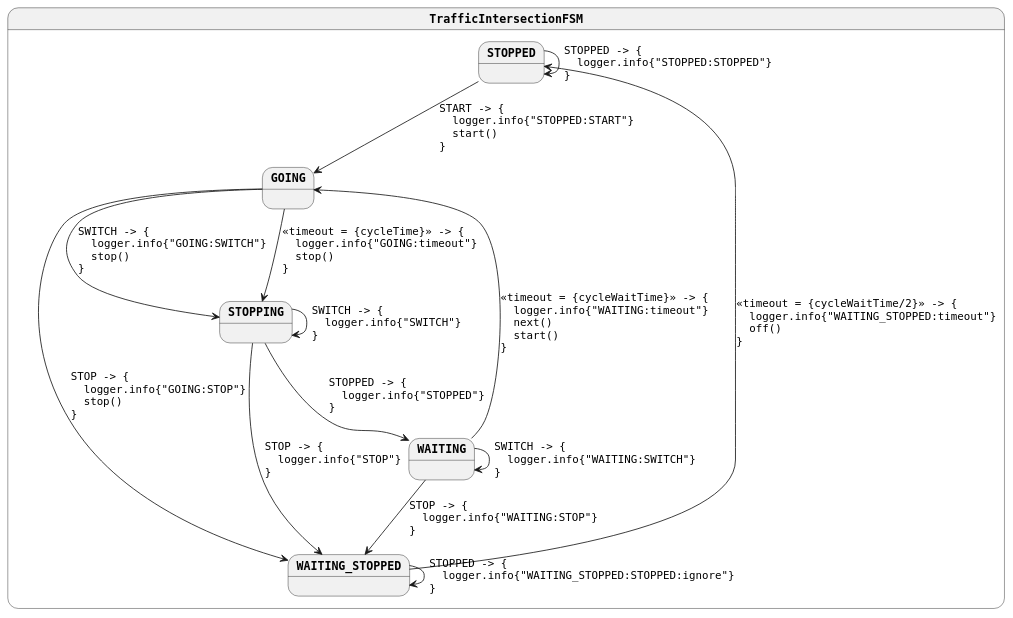
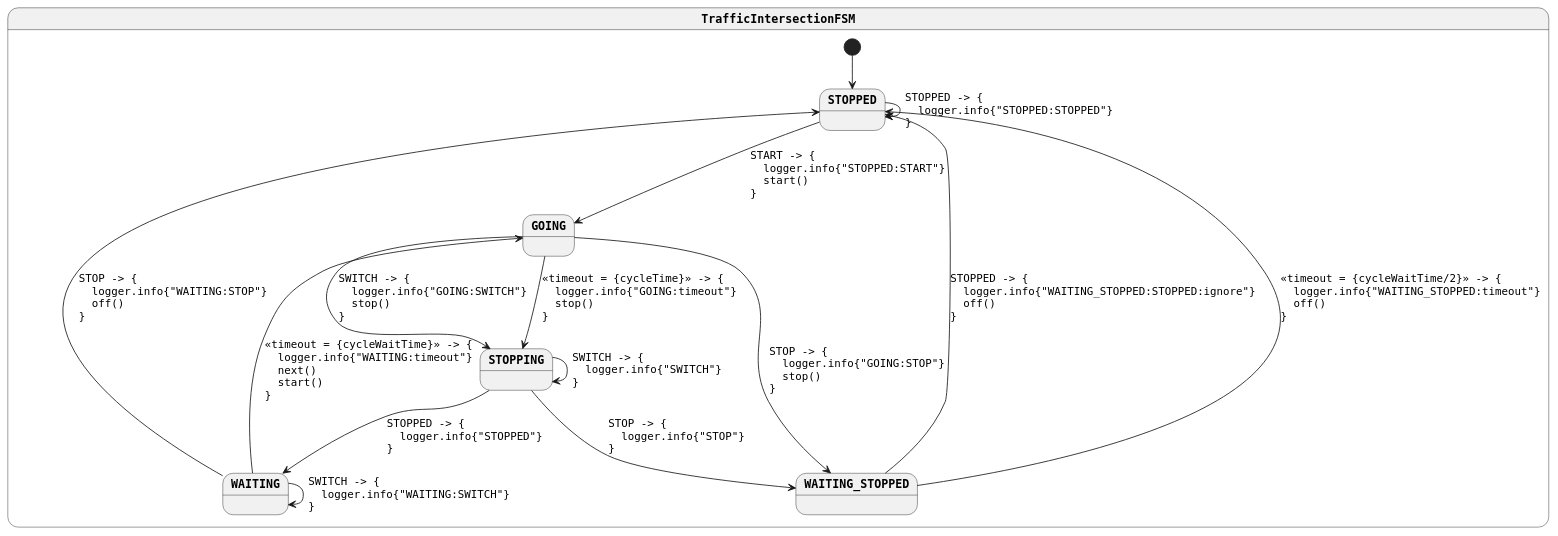
Before and after one commit to open-jumpco/kfsm-android-compose-traffic: the diagram in generated/traffic-intersection.plantuml, drawn with PlantUML. The commit also changed 15 other files, not shown here.

```diff
--- a/generated/traffic-intersection.plantuml
+++ b/generated/traffic-intersection.plantuml
@@ -1,25 +1,25 @@
 @startuml
 skinparam monochrome true
 skinparam StateFontName Helvetica
 skinparam defaultFontName Monospaced
 skinparam defaultFontStyle Bold
 skinparam state {
-    FontColor Black
     FontStyle Bold
 }
 state TrafficIntersectionFSM {
+[*] --> STOPPED
 STOPPED --> GOING : START -> {\l  logger.info{"STOPPED:START"}\l  start()\l}
 STOPPED --> STOPPED : STOPPED -> {\l  logger.info{"STOPPED:STOPPED"}\l}
 GOING --> STOPPING : <<timeout = {cycleTime}>> -> {\l  logger.info{"GOING:timeout"}\l  stop()\l}
 GOING --> STOPPING : SWITCH -> {\l  logger.info{"GOING:SWITCH"}\l  stop()\l}
 GOING --> WAITING_STOPPED : STOP -> {\l  logger.info{"GOING:STOP"}\l  stop()\l}
 STOPPING --> WAITING : STOPPED -> {\l  logger.info{"STOPPED"}\l}
 STOPPING --> STOPPING : SWITCH -> {\l  logger.info{"SWITCH"}\l}
 STOPPING --> WAITING_STOPPED : STOP -> {\l  logger.info{"STOP"}\l}
 WAITING --> GOING : <<timeout = {cycleWaitTime}>> -> {\l  logger.info{"WAITING:timeout"}\l  next()\l  start()\l}
 WAITING --> WAITING : SWITCH -> {\l  logger.info{"WAITING:SWITCH"}\l}
-WAITING --> WAITING_STOPPED : STOP -> {\l  logger.info{"WAITING:STOP"}\l}
+WAITING --> STOPPED : STOP -> {\l  logger.info{"WAITING:STOP"}\l  off()\l}
 WAITING_STOPPED --> STOPPED : <<timeout = {cycleWaitTime/2}>> -> {\l  logger.info{"WAITING_STOPPED:timeout"}\l  off()\l}
-WAITING_STOPPED --> WAITING_STOPPED : STOPPED -> {\l  logger.info{"WAITING_STOPPED:STOPPED:ignore"}\l}
+WAITING_STOPPED --> STOPPED : STOPPED -> {\l  logger.info{"WAITING_STOPPED:STOPPED:ignore"}\l  off()\l}
 }
 @enduml
```
